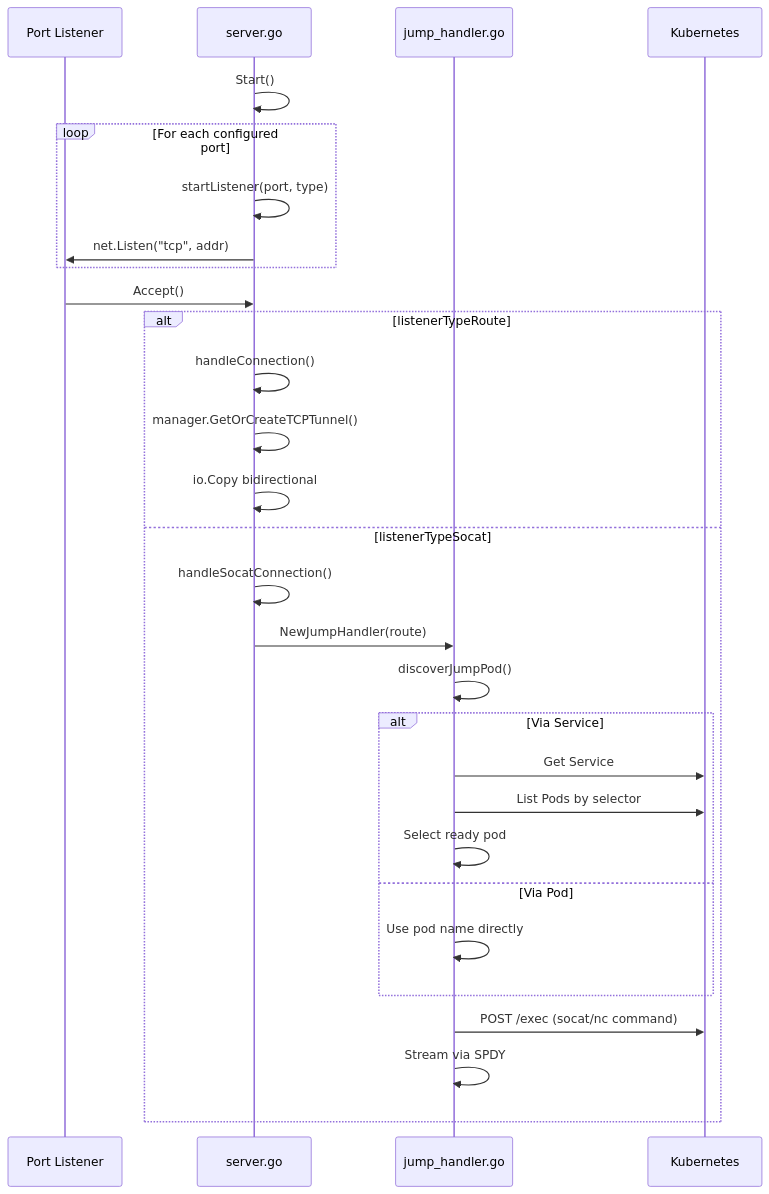
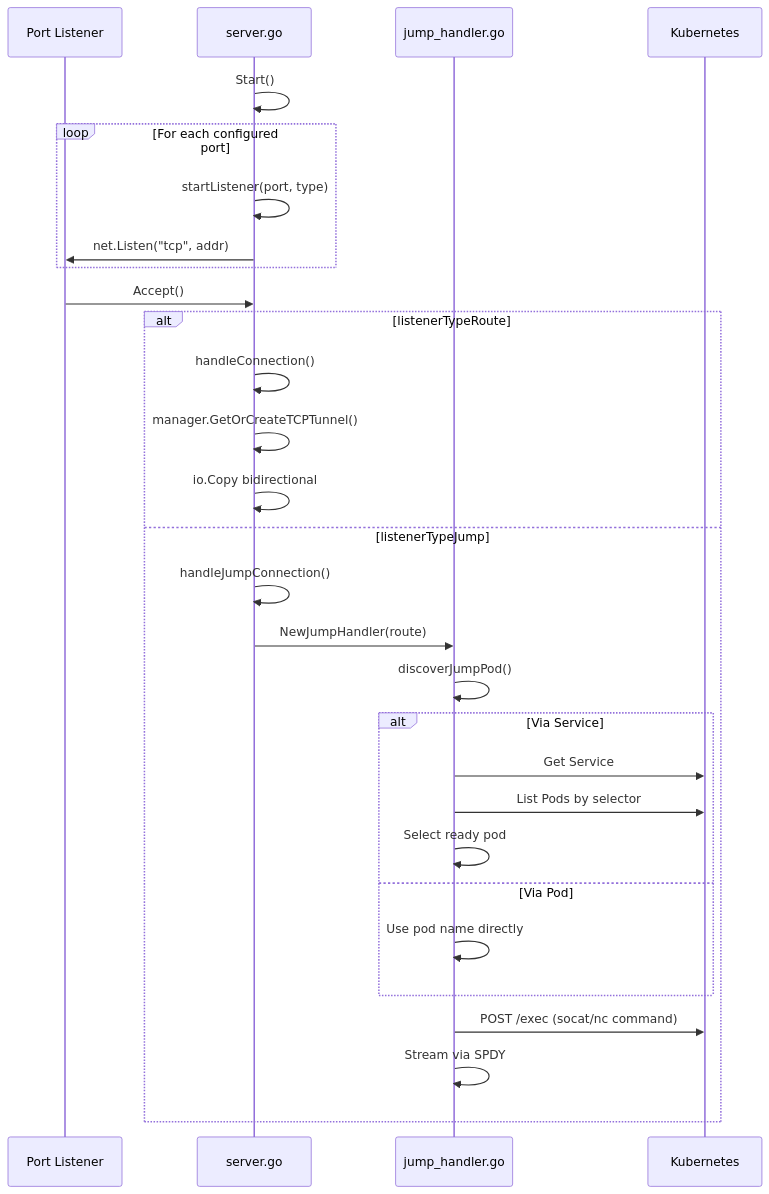
Before and after one commit to atas/autotunnel: the seventh of 10 diagrams in internal/README.md, drawn with Mermaid. The commit also changed other lines of this file and 12 other files, not shown here.

First line of the commit message:
Refactor socat to jump route implementation

````diff
--- a/internal/README.md
+++ b/internal/README.md
@@ -235,34 +235,34 @@
 ```mermaid
 sequenceDiagram
     participant port as Port Listener
     participant srv as server.go
     participant jump as jump_handler.go
     participant k8s as Kubernetes
 
     srv->>srv: Start()
     loop For each configured port
         srv->>srv: startListener(port, type)
         srv->>port: net.Listen("tcp", addr)
     end
 
     port->>srv: Accept()
 
     alt listenerTypeRoute
         srv->>srv: handleConnection()
         srv->>srv: manager.GetOrCreateTCPTunnel()
         srv->>srv: io.Copy bidirectional
-    else listenerTypeSocat
-        srv->>srv: handleSocatConnection()
+    else listenerTypeJump
+        srv->>srv: handleJumpConnection()
         srv->>jump: NewJumpHandler(route)
         jump->>jump: discoverJumpPod()
         alt Via Service
             jump->>k8s: Get Service
             jump->>k8s: List Pods by selector
             jump->>jump: Select ready pod
         else Via Pod
             jump->>jump: Use pod name directly
         end
         jump->>k8s: POST /exec (socat/nc command)
         jump->>jump: Stream via SPDY
     end
 ```
````
